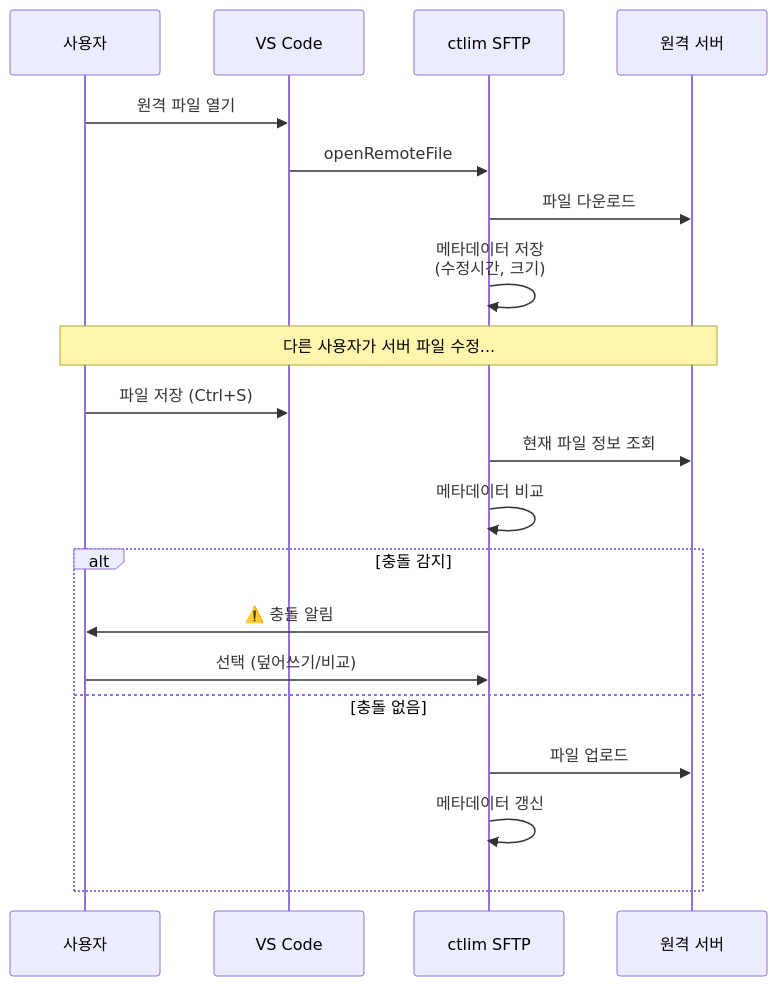
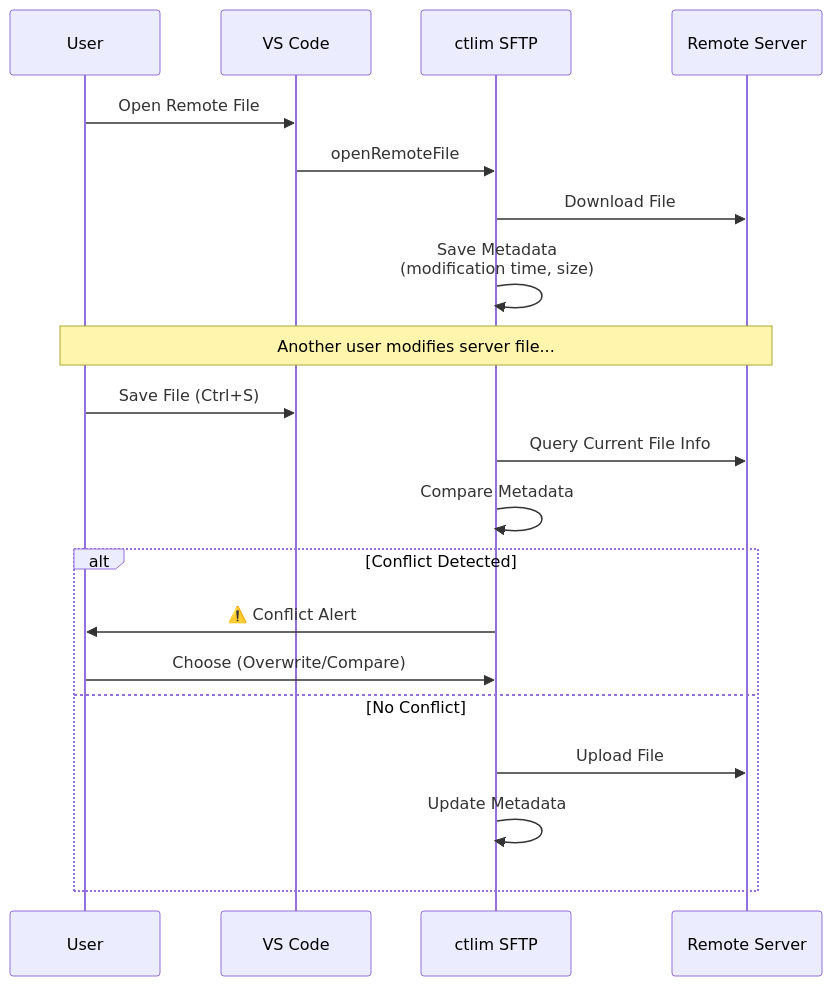
Before and after one commit to ctlim2/ctlimsftp: the diagram in README.md, drawn with Mermaid. The commit also changed other lines of this file and 10 other files, not shown here.

````diff
--- a/README.md
+++ b/README.md
@@ -245,26 +258,26 @@
 ```mermaid
 sequenceDiagram
-    participant 사용자
+    participant User
     participant VS Code
     participant ctlim SFTP
-    participant 원격 서버
+    participant Remote Server
     
-    사용자->>VS Code: 원격 파일 열기
+    User->>VS Code: Open Remote File
     VS Code->>ctlim SFTP: openRemoteFile
-    ctlim SFTP->>원격 서버: 파일 다운로드
-    ctlim SFTP->>ctlim SFTP: 메타데이터 저장<br/>(수정시간, 크기)
+    ctlim SFTP->>Remote Server: Download File
+    ctlim SFTP->>ctlim SFTP: Save Metadata<br/>(modification time, size)
     
-    Note over 사용자,원격 서버: 다른 사용자가 서버 파일 수정...
+    Note over User,Remote Server: Another user modifies server file...
     
-    사용자->>VS Code: 파일 저장 (Ctrl+S)
-    ctlim SFTP->>원격 서버: 현재 파일 정보 조회
-    ctlim SFTP->>ctlim SFTP: 메타데이터 비교
+    User->>VS Code: Save File (Ctrl+S)
+    ctlim SFTP->>Remote Server: Query Current File Info
+    ctlim SFTP->>ctlim SFTP: Compare Metadata
     
-    alt 충돌 감지
-        ctlim SFTP->>사용자: ⚠️ 충돌 알림
-        사용자->>ctlim SFTP: 선택 (덮어쓰기/비교)
-    else 충돌 없음
-        ctlim SFTP->>원격 서버: 파일 업로드
-        ctlim SFTP->>ctlim SFTP: 메타데이터 갱신
+    alt Conflict Detected
+        ctlim SFTP->>User: ⚠️ Conflict Alert
+        User->>ctlim SFTP: Choose (Overwrite/Compare)
+    else No Conflict
+        ctlim SFTP->>Remote Server: Upload File
+        ctlim SFTP->>ctlim SFTP: Update Metadata
     end
 ```
````
